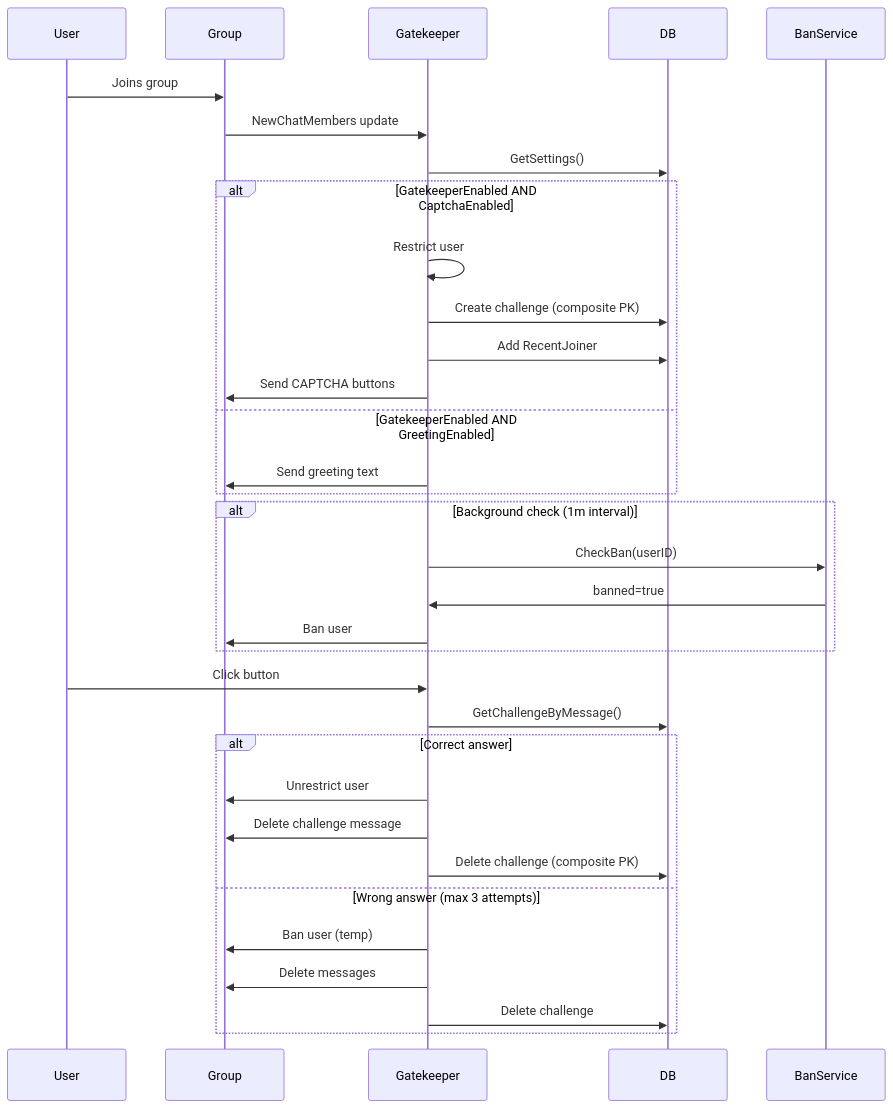
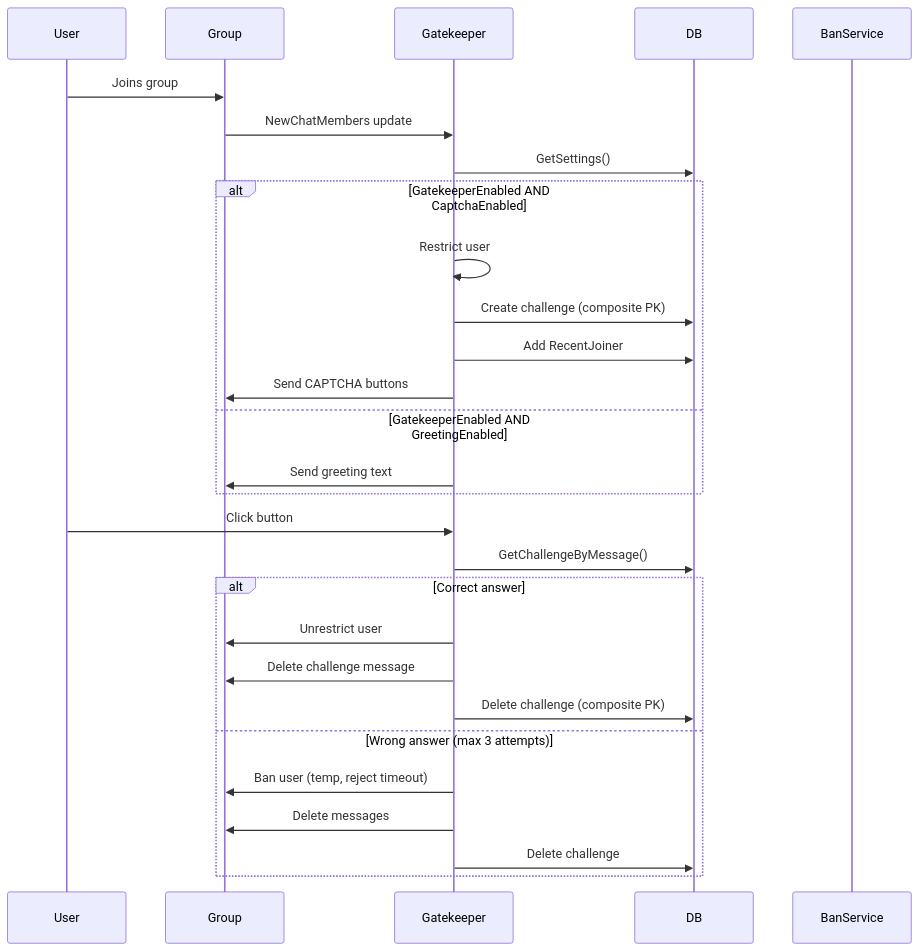
Before and after one commit to iamwavecut/ngbot: the third of 6 diagrams in docs/CODEBASE_MAP.md, drawn with Mermaid. The commit also changed other lines of this file, not shown here.

````diff
--- a/docs/CODEBASE_MAP.md
+++ b/docs/CODEBASE_MAP.md
@@ -468,40 +585,34 @@
 ```mermaid
 sequenceDiagram
     participant User
     participant Group
     participant Gatekeeper
     participant DB
     participant BanService
 
     User->>Group: Joins group
     Group->>Gatekeeper: NewChatMembers update
     Gatekeeper->>DB: GetSettings()
 
     alt GatekeeperEnabled AND CaptchaEnabled
         Gatekeeper->>Gatekeeper: Restrict user
         Gatekeeper->>DB: Create challenge (composite PK)
         Gatekeeper->>DB: Add RecentJoiner
         Gatekeeper->>Group: Send CAPTCHA buttons
     else GatekeeperEnabled AND GreetingEnabled
         Gatekeeper->>Group: Send greeting text
     end
 
-    alt Background check (1m interval)
-        Gatekeeper->>BanService: CheckBan(userID)
-        BanService->>Gatekeeper: banned=true
-        Gatekeeper->>Group: Ban user
-    end
-
     User->>Gatekeeper: Click button
     Gatekeeper->>DB: GetChallengeByMessage()
 
     alt Correct answer
         Gatekeeper->>Group: Unrestrict user
         Gatekeeper->>Group: Delete challenge message
         Gatekeeper->>DB: Delete challenge (composite PK)
     else Wrong answer (max 3 attempts)
-        Gatekeeper->>Group: Ban user (temp)
+        Gatekeeper->>Group: Ban user (temp, reject timeout)
         Gatekeeper->>Group: Delete messages
         Gatekeeper->>DB: Delete challenge
     end
 ```
````
